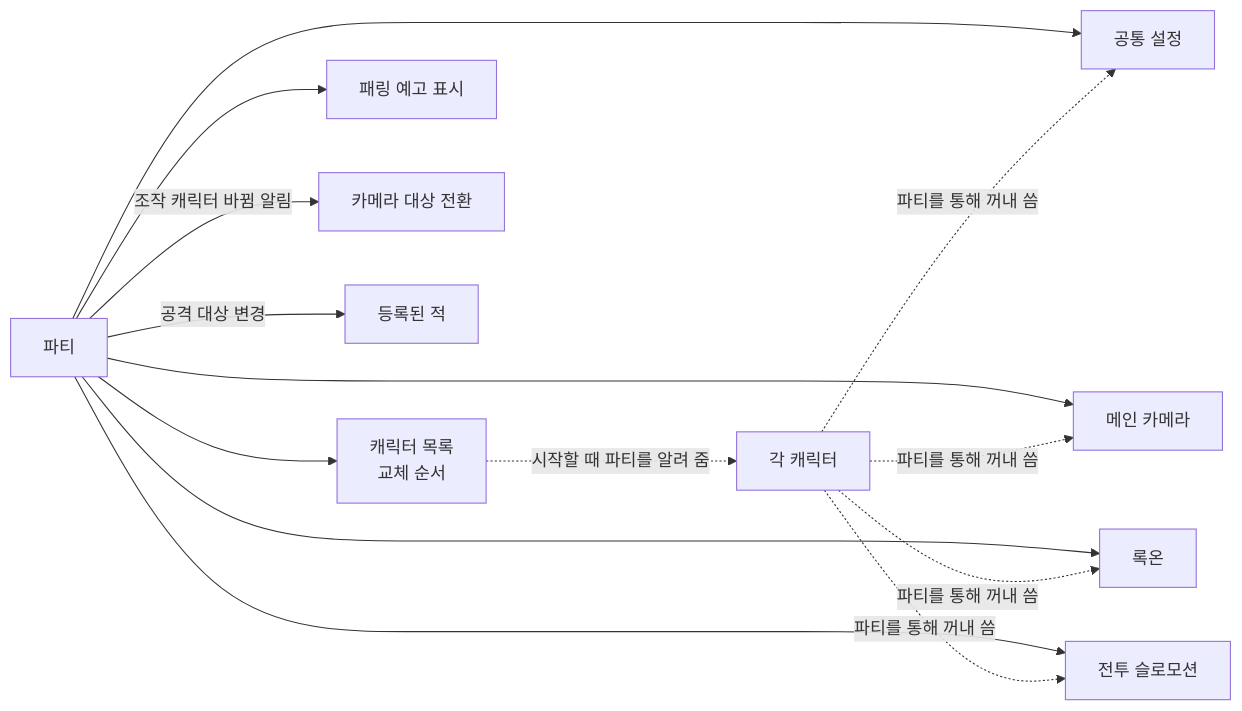
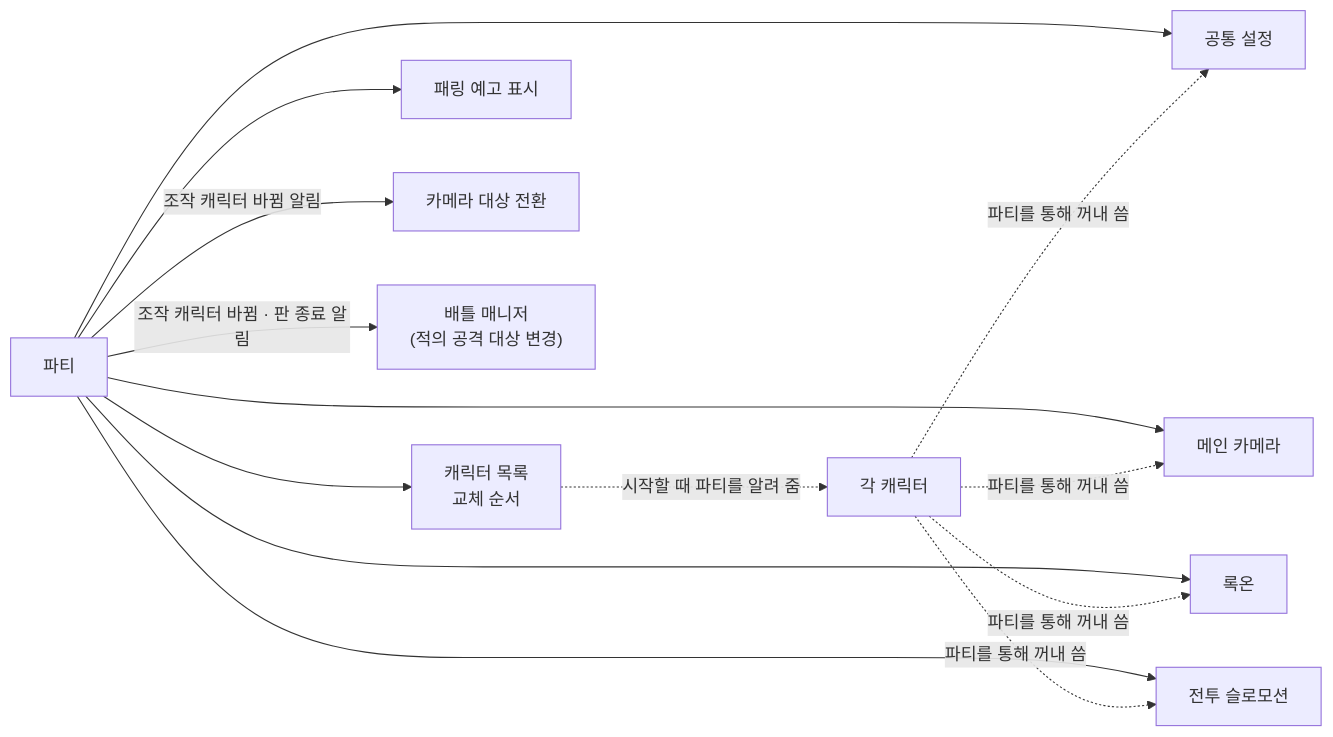
One commit to SquashPrince/Develrocket_mp15_HHH changed the first of 5 diagrams in Docs/Technical/Player/PlayerParty.md. Above: the diagram before and after it, drawn with Mermaid. The commit also changed other lines of this file and 110 other files, not shown here.

````diff
--- a/Docs/Technical/Player/PlayerParty.md
+++ b/Docs/Technical/Player/PlayerParty.md
@@ -23,13 +23,13 @@
 ```mermaid
 flowchart LR
     P["파티"] --> M["캐릭터 목록<br>교체 순서"]
     P --> CS["공통 설정"]
     P --> CAM["메인 카메라"]
     P --> LO["록온"]
     P --> SM["전투 슬로모션"]
     P --> TV["패링 예고 표시"]
     M -.->|"시작할 때 파티를 알려 줌"| C["각 캐릭터"]
     C -.->|"파티를 통해 꺼내 씀"| CS & CAM & LO & SM
     P -->|"조작 캐릭터 바뀜 알림"| SW["카메라 대상 전환"]
-    P -->|"공격 대상 변경"| E["등록된 적"]
+    P -->|"조작 캐릭터 바뀜 · 판 종료 알림"| B["배틀 매니저<br>(적의 공격 대상 변경)"]
 ```
````
